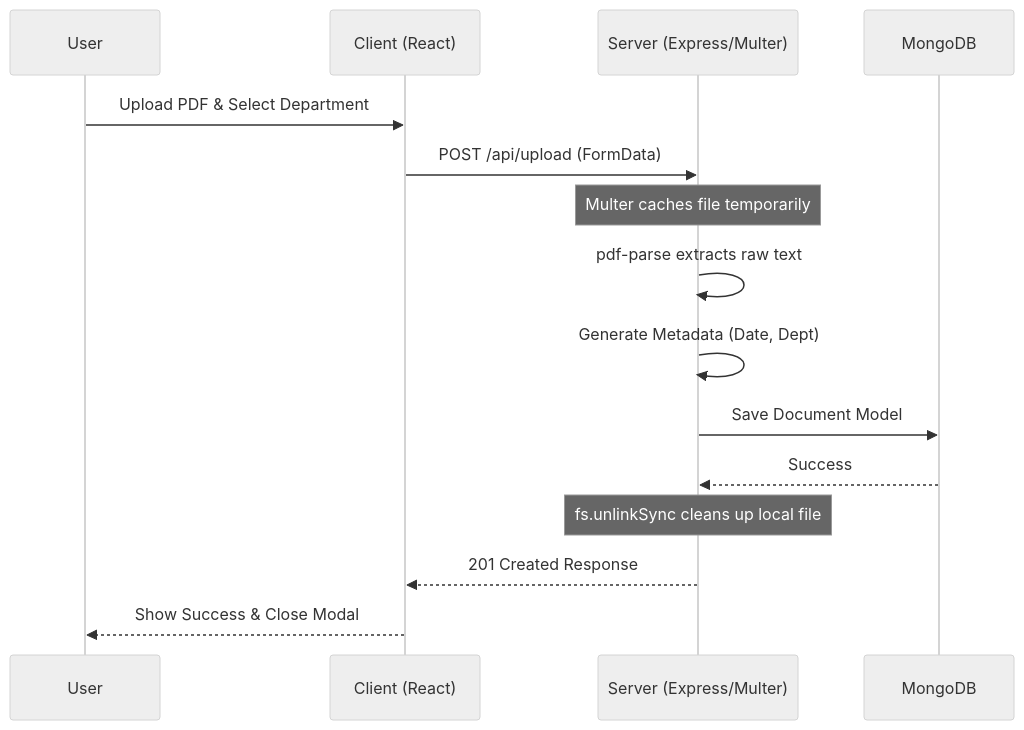
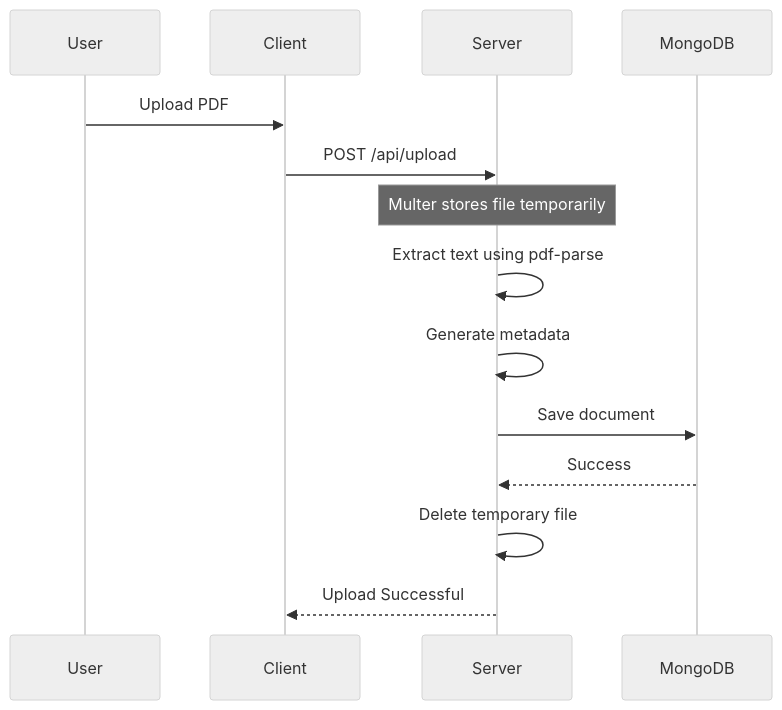
One commit to Prathmesh-ally/ONGC-Nexus changed the second of 2 diagrams in README.md. Above: the diagram before and after it, drawn with Mermaid (neutral theme). The commit also changed other lines of this file, not shown here.

````diff
--- a/README.md
+++ b/README.md
@@ -41,18 +142,17 @@
 ```mermaid
 sequenceDiagram
     participant User
-    participant React as Client (React)
-    participant Express as Server (Express/Multer)
-    participant DB as MongoDB
+    participant Client
+    participant Server
+    participant MongoDB
 
-    User->>React: Upload PDF & Select Department
-    React->>Express: POST /api/upload (FormData)
-    Note over Express: Multer caches file temporarily
-    Express->>Express: pdf-parse extracts raw text
-    Express->>Express: Generate Metadata (Date, Dept)
-    Express->>DB: Save Document Model
-    DB-->>Express: Success
-    Note over Express: fs.unlinkSync cleans up local file
-    Express-->>React: 201 Created Response
-    React-->>User: Show Success & Close Modal
+    User->>Client: Upload PDF
+    Client->>Server: POST /api/upload
+    Note over Server: Multer stores file temporarily
+    Server->>Server: Extract text using pdf-parse
+    Server->>Server: Generate metadata
+    Server->>MongoDB: Save document
+    MongoDB-->>Server: Success
+    Server->>Server: Delete temporary file
+    Server-->>Client: Upload Successful
 ```
````
